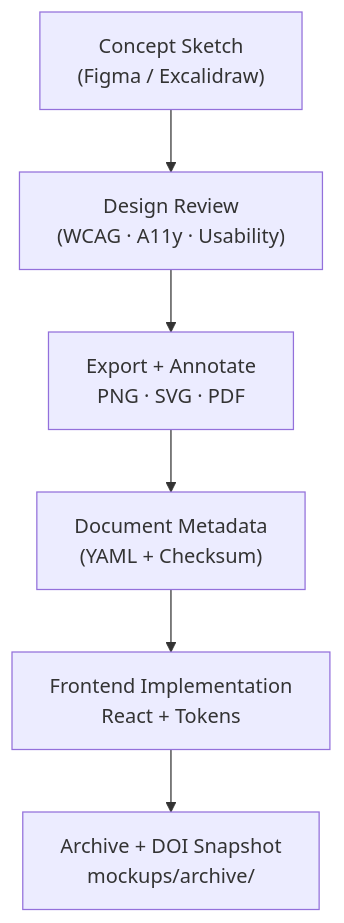
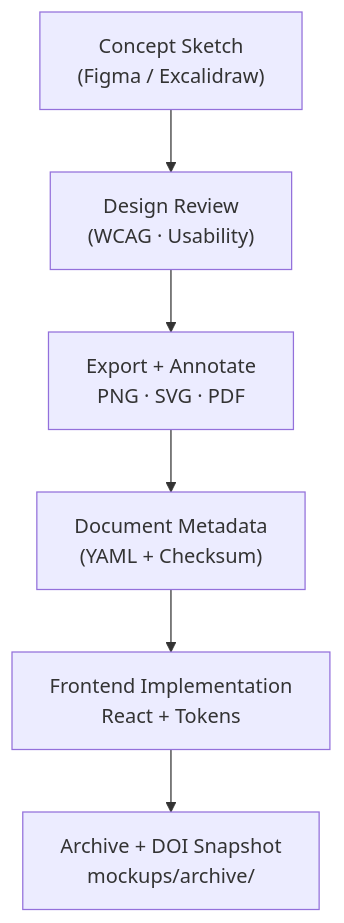
The diagram in docs/design/mockups/README.md (bartytime4life/Kansas-Frontier-Matrix), drawn with Mermaid before and after one commit. The commit also changed other lines of this file, not shown here.

````diff
--- a/docs/design/mockups/README.md
+++ b/docs/design/mockups/README.md
@@ -113,8 +117,8 @@
 ```mermaid
 flowchart TD
-  A["Concept Sketch\n(Figma / Excalidraw)"] --> B["Design Review\n(WCAG · A11y · Usability)"]
+  A["Concept Sketch\n(Figma / Excalidraw)"] --> B["Design Review\n(WCAG · Usability)"]
   B --> C["Export + Annotate\nPNG · SVG · PDF"]
   C --> D["Document Metadata\n(YAML + Checksum)"]
   D --> E["Frontend Implementation\nReact + Tokens"]
   E --> F["Archive + DOI Snapshot\nmockups/archive/"]
 ```
````
